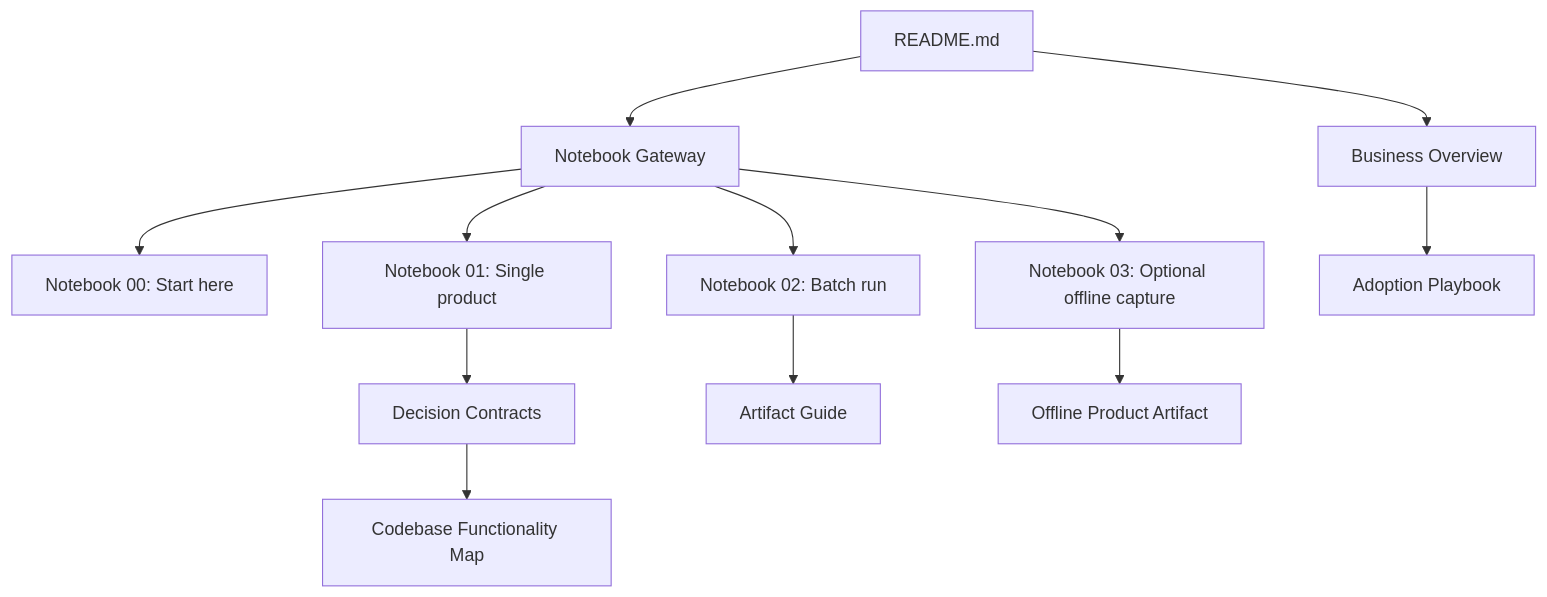
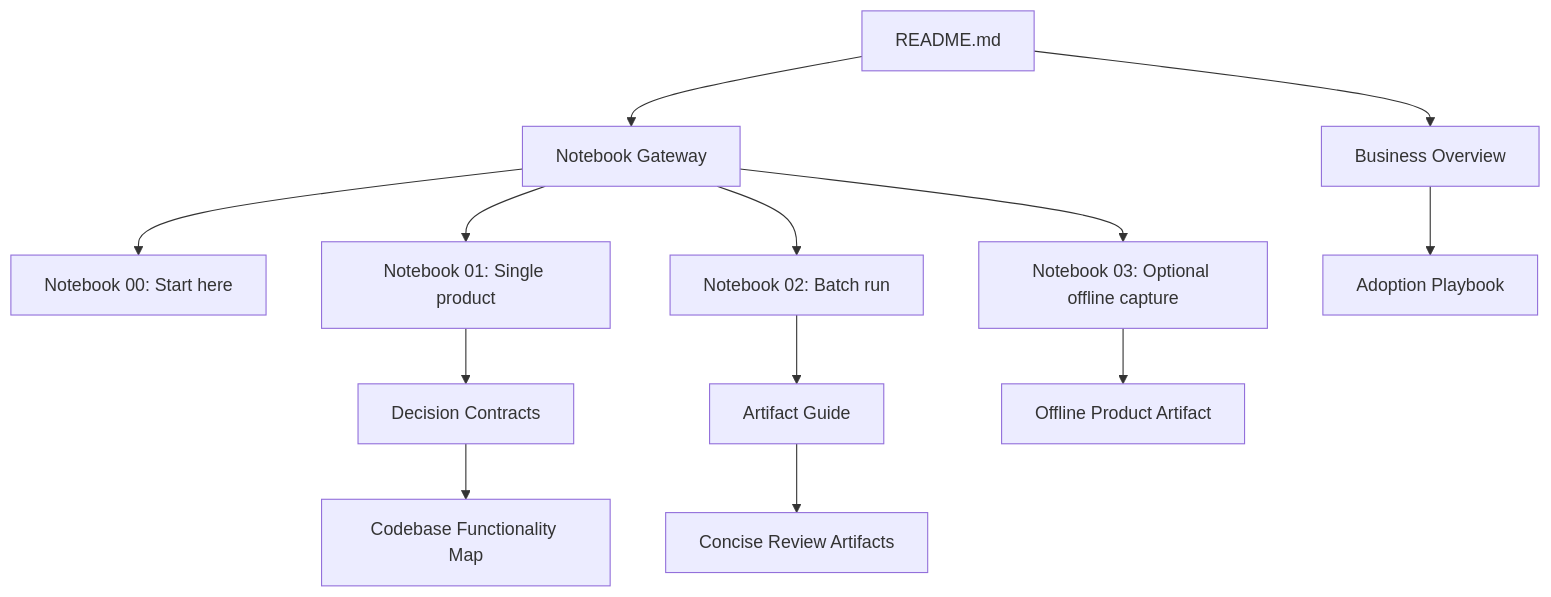
The first of 2 diagrams in docs/README.md (Akilankm/web_search_tool), drawn with Mermaid before and after one commit. The commit also changed other lines of this file, not shown here.

Commit message:
Update docs index for concise review packet

````diff
--- a/docs/README.md
+++ b/docs/README.md
@@ -5,14 +5,15 @@
 ```mermaid
 flowchart TD
     A[README.md] --> B[Business Overview]
     A --> C[Notebook Gateway]
     C --> D[Notebook 00: Start here]
     C --> E[Notebook 01: Single product]
     C --> F[Notebook 02: Batch run]
     C --> G[Notebook 03: Optional offline capture]
     B --> H[Adoption Playbook]
     E --> I[Decision Contracts]
     F --> J[Artifact Guide]
+    J --> M[Concise Review Artifacts]
     G --> K[Offline Product Artifact]
     I --> L[Codebase Functionality Map]
 ```
````
